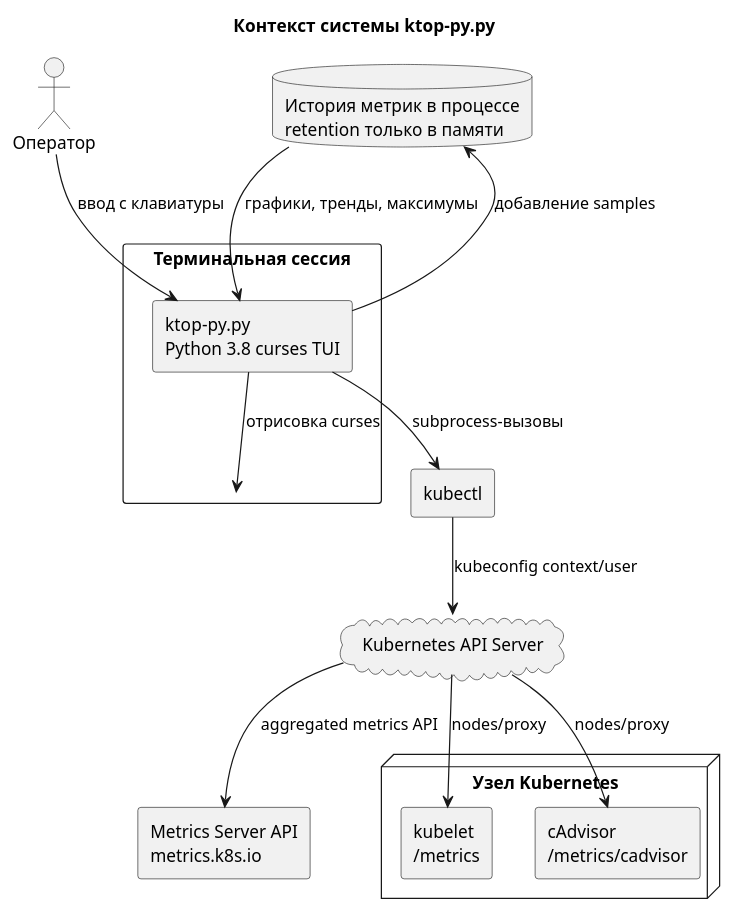
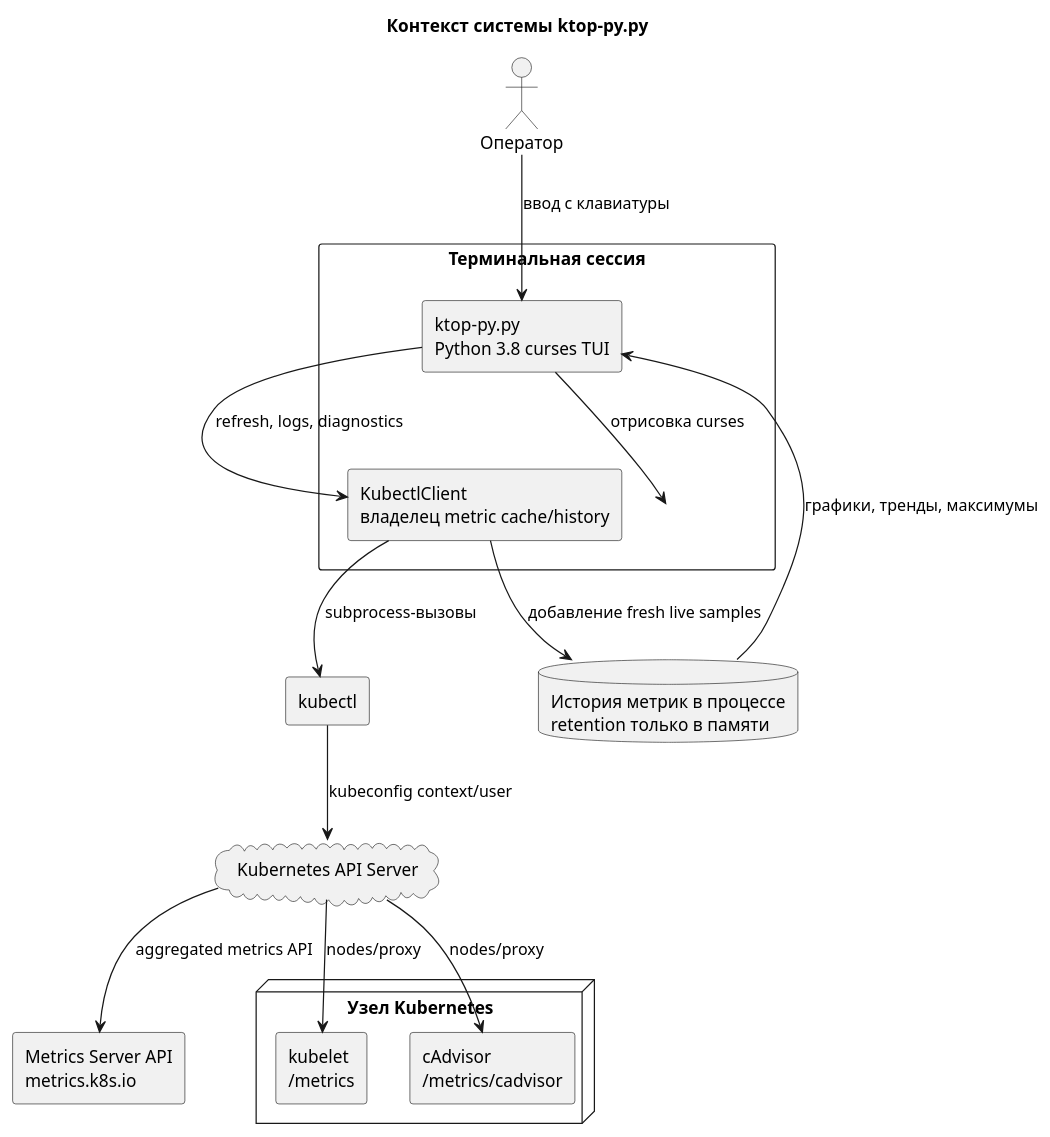
Before and after one commit to dtarasov7/ktop-py: the diagram in diagramms/system-context-ru.puml, drawn with PlantUML. The commit also changed 16 other files, not shown here.

```diff
--- a/diagramms/system-context-ru.puml
+++ b/diagramms/system-context-ru.puml
@@ -1,34 +1,36 @@
 @startuml ktop_py_system_context_ru
 title Контекст системы ktop-py.py
 
 skinparam backgroundColor white
 skinparam shadowing false
 skinparam componentStyle rectangle
 
 actor "Оператор" as Operator
 
 rectangle "Терминальная сессия" as Terminal {
   component "ktop-py.py\nPython 3.8 curses TUI" as App
+  component "KubectlClient\nвладелец metric cache/history" as Client
 }
 
 component "kubectl" as Kubectl
 cloud "Kubernetes API Server" as ApiServer
 component "Metrics Server API\nmetrics.k8s.io" as MetricsServer
 node "Узел Kubernetes" as Node {
   component "kubelet\n/metrics" as Kubelet
   component "cAdvisor\n/metrics/cadvisor" as Cadvisor
 }
 
 database "История метрик в процессе\nretention только в памяти" as History
 
 Operator --> App : ввод с клавиатуры
 App --> Terminal : отрисовка curses
-App --> Kubectl : subprocess-вызовы
+App --> Client : refresh, logs, diagnostics
+Client --> Kubectl : subprocess-вызовы
 Kubectl --> ApiServer : kubeconfig context/user
 ApiServer --> MetricsServer : aggregated metrics API
 ApiServer --> Kubelet : nodes/proxy
 ApiServer --> Cadvisor : nodes/proxy
-App --> History : добавление samples
+Client --> History : добавление fresh live samples
 History --> App : графики, тренды, максимумы
 
 @enduml
```
